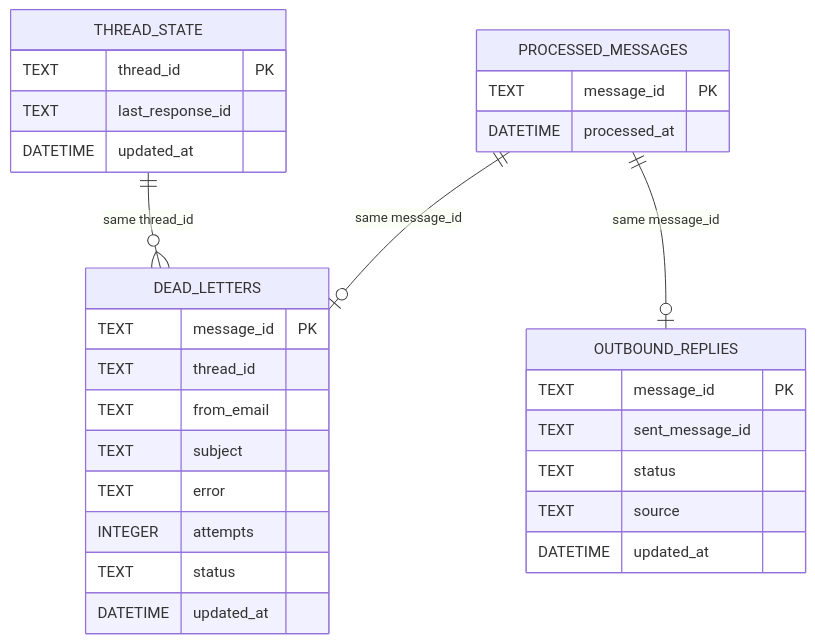
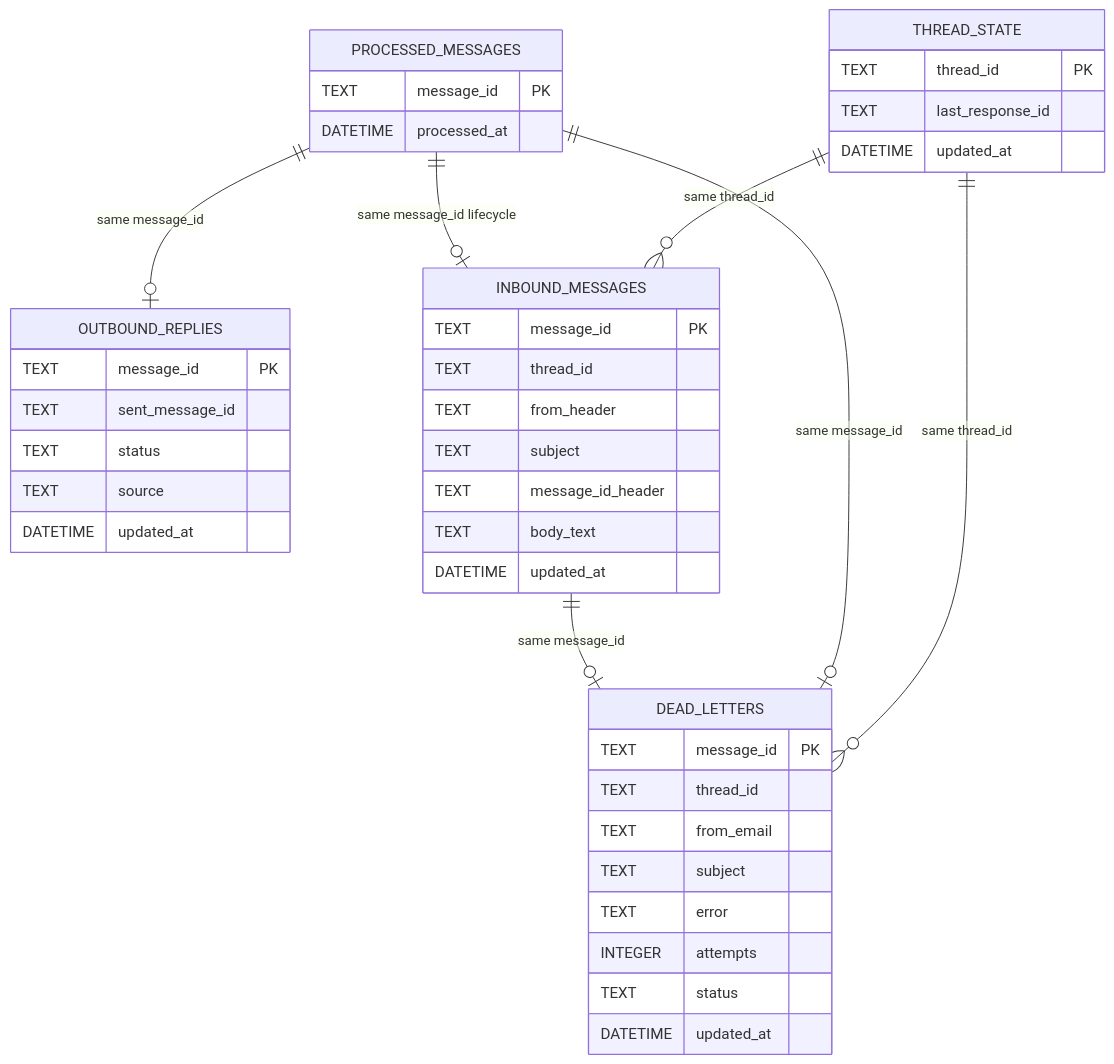
The first of 2 diagrams in docs/data-model.md (LunarMothStudios/Canna-Mailroom), drawn with Mermaid before and after one commit. The commit also changed other lines of this file and 30 other files, not shown here.

````diff
--- a/docs/data-model.md
+++ b/docs/data-model.md
@@ -91,36 +116,49 @@
 ```mermaid
 erDiagram
     THREAD_STATE {
         TEXT thread_id PK
         TEXT last_response_id
         DATETIME updated_at
     }
 
     PROCESSED_MESSAGES {
         TEXT message_id PK
         DATETIME processed_at
     }
 
     DEAD_LETTERS {
         TEXT message_id PK
         TEXT thread_id
         TEXT from_email
         TEXT subject
         TEXT error
         INTEGER attempts
         TEXT status
         DATETIME updated_at
     }
 
     OUTBOUND_REPLIES {
         TEXT message_id PK
         TEXT sent_message_id
         TEXT status
         TEXT source
         DATETIME updated_at
     }
 
+    INBOUND_MESSAGES {
+        TEXT message_id PK
+        TEXT thread_id
+        TEXT from_header
+        TEXT subject
+        TEXT message_id_header
+        TEXT body_text
+        DATETIME updated_at
+    }
+
     THREAD_STATE ||--o{ DEAD_LETTERS : "same thread_id"
+    THREAD_STATE ||--o{ INBOUND_MESSAGES : "same thread_id"
     PROCESSED_MESSAGES ||--o| DEAD_LETTERS : "same message_id"
     PROCESSED_MESSAGES ||--o| OUTBOUND_REPLIES : "same message_id"
+    PROCESSED_MESSAGES ||--o| INBOUND_MESSAGES : "same message_id lifecycle"
+    INBOUND_MESSAGES ||--o| DEAD_LETTERS : "same message_id"
 ```
````
